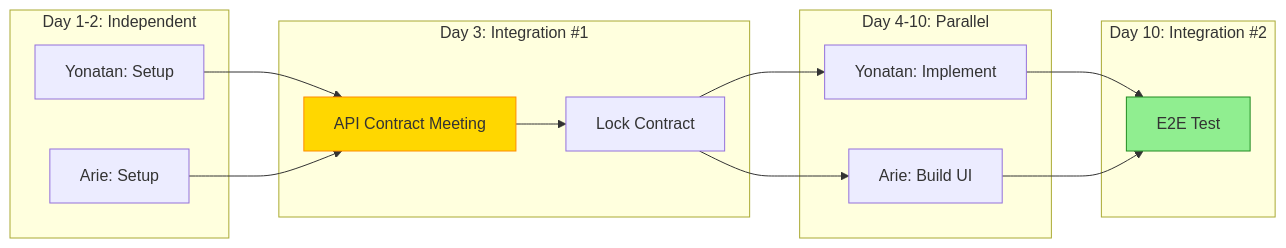
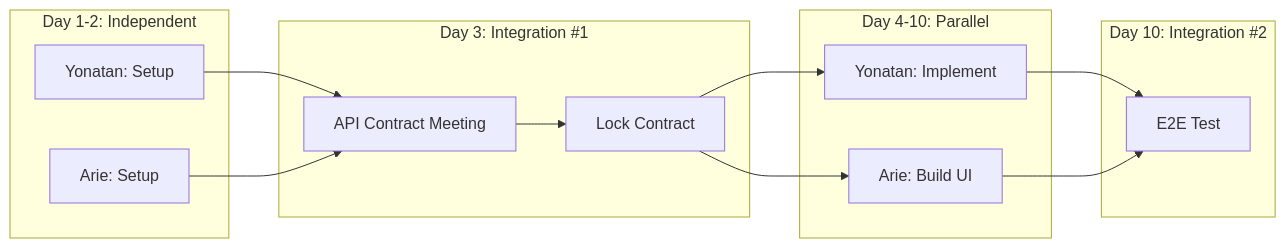
Before and after one commit to ArieGoldkin/SkillForge: the sixth of 11 diagrams in docs/ARCHITECTURE.md, drawn with Mermaid. The commit also changed other lines of this file and 31 other files, not shown here.

First line of the commit message:
docs: refresh docs + diagrams, align ports/versions

````diff
--- a/docs/ARCHITECTURE.md
+++ b/docs/ARCHITECTURE.md
@@ -464,32 +442,30 @@
 ```mermaid
 graph LR
     subgraph "Day 1-2: Independent"
         Y1[Yonatan: Setup]
         A1[Arie: Setup]
     end
     
     subgraph "Day 3: Integration #1"
         Meeting[API Contract Meeting]
         Contract[Lock Contract]
     end
     
     subgraph "Day 4-10: Parallel"
         Y2[Yonatan: Implement]
         A2[Arie: Build UI]
     end
     
     subgraph "Day 10: Integration #2"
         Test[E2E Test]
     end
     
     Y1 --> Meeting
     A1 --> Meeting
     Meeting --> Contract
     Contract --> Y2
     Contract --> A2
     Y2 --> Test
     A2 --> Test
     
-    style Meeting fill:#ffd700,stroke:#ff8c00
-    style Test fill:#90ee90,stroke:#228b22
 ```
````
